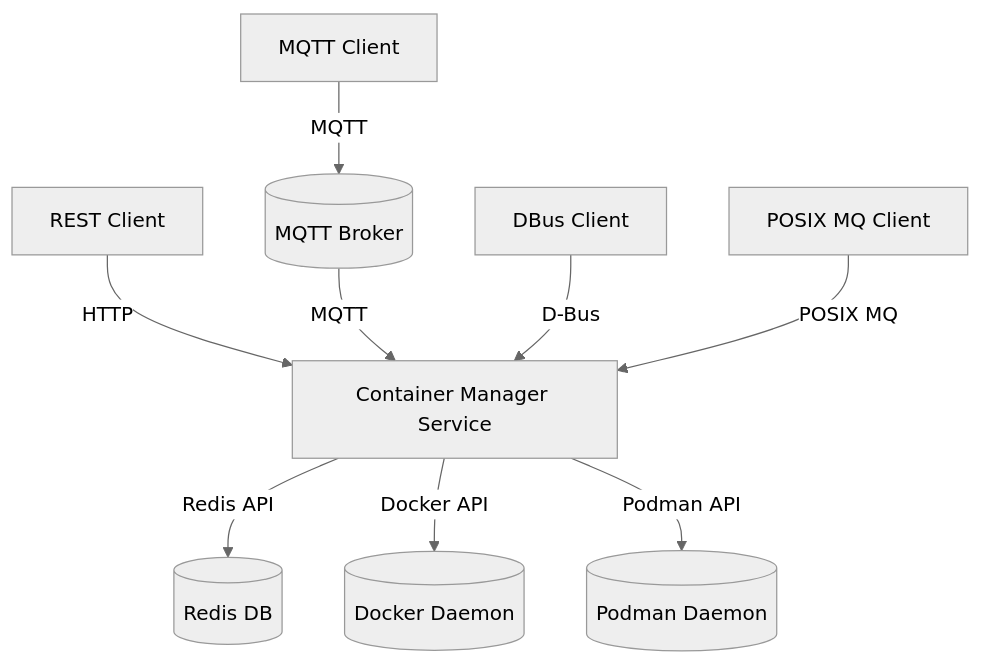
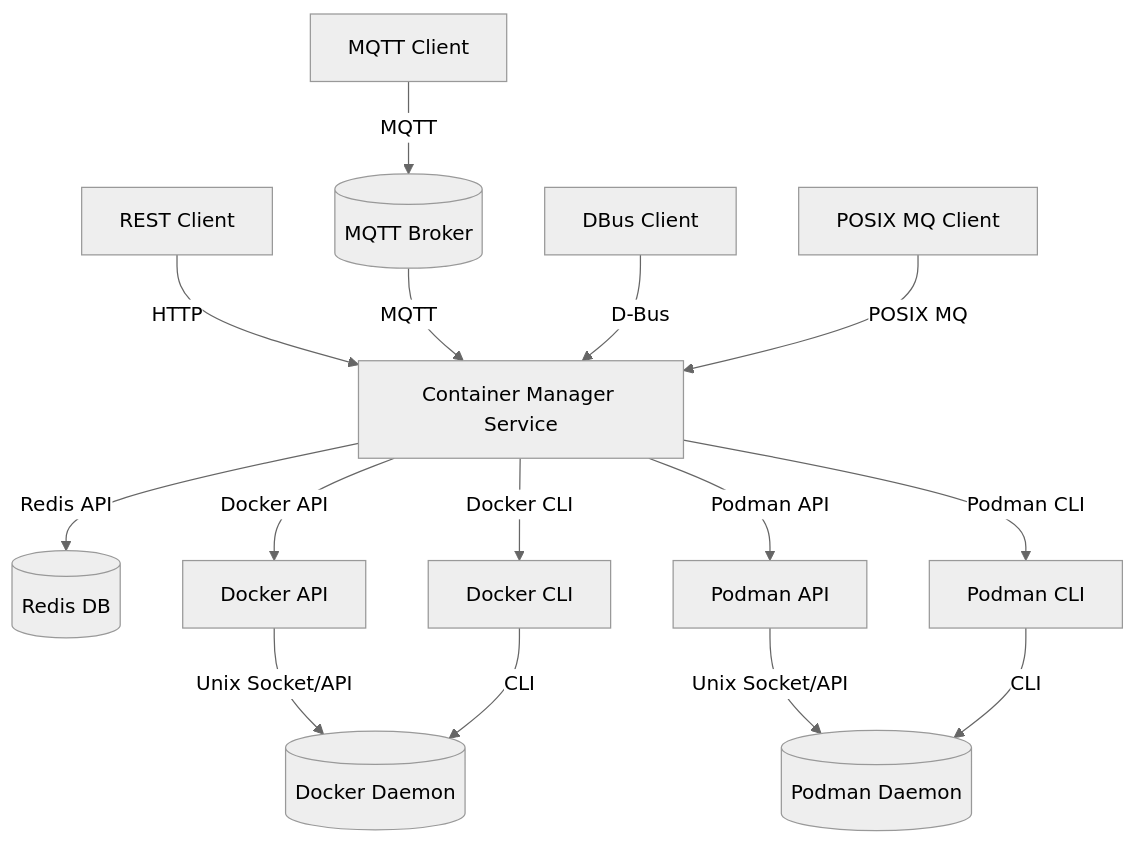
Before and after one commit to Komal-kalyanraman/container_manager: the sixth of 6 diagrams in docs/architecture/architecture_diagram.md, drawn with Mermaid (neutral theme). The commit also changed other lines of this file and 433 other files, not shown here.

Commit message:
Implemented Docker, Podman HTTP APIs

````diff
--- a/docs/architecture/architecture_diagram.md
+++ b/docs/architecture/architecture_diagram.md
@@ -175,20 +183,34 @@
 ```mermaid
 graph TD
     CM[Container Manager Service]
     Redis[(Redis DB)]
     Docker[(Docker Daemon)]
     Podman[(Podman Daemon)]
     MQTTB[(MQTT Broker)]
     Client1[REST Client]
     Client2[MQTT Client]
     Client3[DBus Client]
     Client4[POSIX MQ Client]
+    DockerAPI[Docker API]
+    DockerCLI[Docker CLI]
+    PodmanAPI[Podman API]
+    PodmanCLI[Podman CLI]
 
     Client1-->|HTTP|CM
     Client2-->|MQTT|MQTTB-->|MQTT|CM
     Client3-->|D-Bus|CM
     Client4-->|POSIX MQ|CM
     CM-->|Redis API|Redis
-    CM-->|Docker API|Docker
-    CM-->|Podman API|Podman
+
+    %% Docker connections
+    CM-->|Docker API|DockerAPI
+    CM-->|Docker CLI|DockerCLI
+    DockerAPI-->|Unix Socket/API|Docker
+    DockerCLI-->|CLI|Docker
+
+    %% Podman connections
+    CM-->|Podman API|PodmanAPI
+    CM-->|Podman CLI|PodmanCLI
+    PodmanAPI-->|Unix Socket/API|Podman
+    PodmanCLI-->|CLI|Podman
 ```
````
